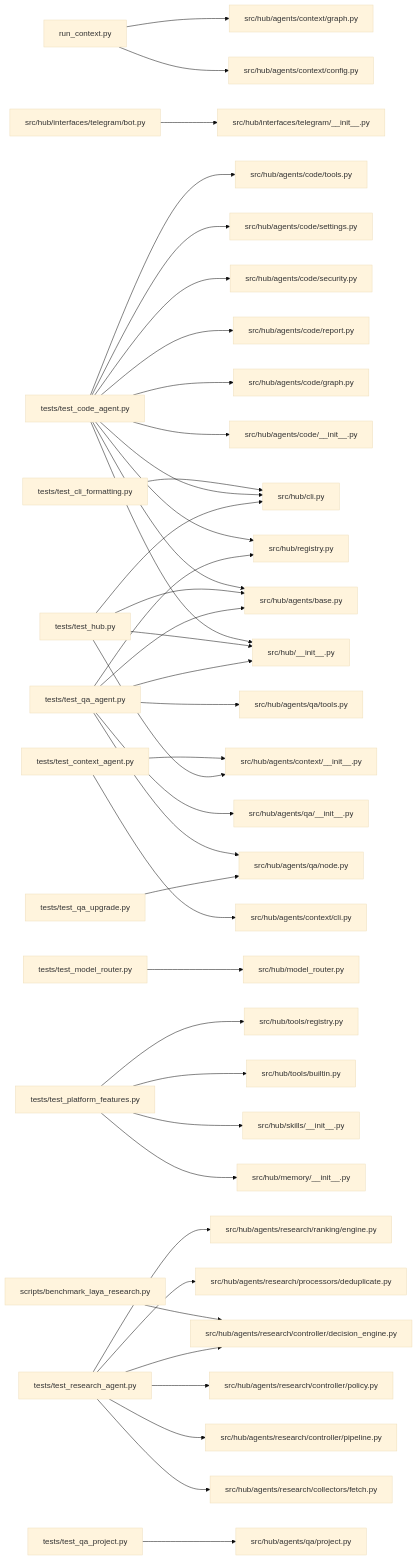
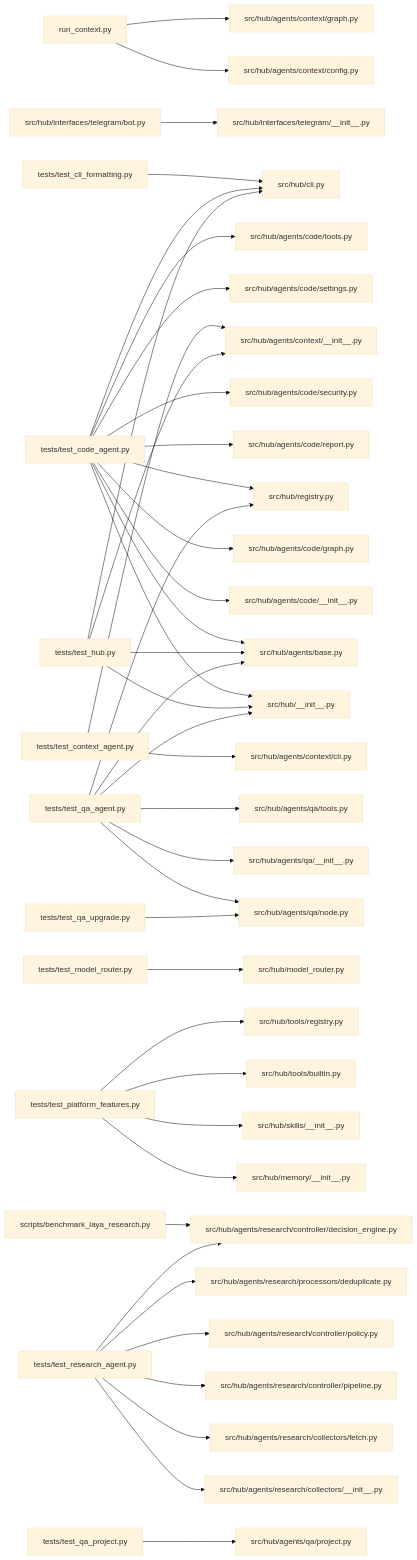
One commit to MinhTrietPhan/multiagent-free changed the diagram in PROJECT_CONTEXT_full.md. Above: the diagram before and after it, drawn with Mermaid (base theme). The commit also changed other lines of this file and 11 other files, not shown here.

Commit message:
FIX Research agent

````diff
--- a/PROJECT_CONTEXT_full.md
+++ b/PROJECT_CONTEXT_full.md
@@ -142,44 +142,44 @@
 ```mermaid
 graph LR
   run_context_py["run_context.py"] --> src_hub_agents_context_config_py["src/hub/agents/context/config.py"]
   run_context_py["run_context.py"] --> src_hub_agents_context_graph_py["src/hub/agents/context/graph.py"]
   scripts_benchmark_laya_research_py["scripts/benchmark_laya_research.py"] --> src_hub_agents_research_controller_decision_engine_py["src/hub/agents/research/controller/decision_engine.py"]
   src_hub_interfaces_telegram_bot_py["src/hub/interfaces/telegram/bot.py"] --> src_hub_interfaces_telegram___init___py["src/hub/interfaces/telegram/__init__.py"]
   tests_test_cli_formatting_py["tests/test_cli_formatting.py"] --> src_hub_cli_py["src/hub/cli.py"]
   tests_test_code_agent_py["tests/test_code_agent.py"] --> src_hub___init___py["src/hub/__init__.py"]
   tests_test_code_agent_py["tests/test_code_agent.py"] --> src_hub_agents_base_py["src/hub/agents/base.py"]
   tests_test_code_agent_py["tests/test_code_agent.py"] --> src_hub_agents_code___init___py["src/hub/agents/code/__init__.py"]
   tests_test_code_agent_py["tests/test_code_agent.py"] --> src_hub_agents_code_graph_py["src/hub/agents/code/graph.py"]
   tests_test_code_agent_py["tests/test_code_agent.py"] --> src_hub_agents_code_report_py["src/hub/agents/code/report.py"]
   tests_test_code_agent_py["tests/test_code_agent.py"] --> src_hub_agents_code_security_py["src/hub/agents/code/security.py"]
   tests_test_code_agent_py["tests/test_code_agent.py"] --> src_hub_agents_code_settings_py["src/hub/agents/code/settings.py"]
   tests_test_code_agent_py["tests/test_code_agent.py"] --> src_hub_agents_code_tools_py["src/hub/agents/code/tools.py"]
   tests_test_code_agent_py["tests/test_code_agent.py"] --> src_hub_cli_py["src/hub/cli.py"]
   tests_test_code_agent_py["tests/test_code_agent.py"] --> src_hub_registry_py["src/hub/registry.py"]
   tests_test_context_agent_py["tests/test_context_agent.py"] --> src_hub_agents_context___init___py["src/hub/agents/context/__init__.py"]
   tests_test_context_agent_py["tests/test_context_agent.py"] --> src_hub_agents_context_cli_py["src/hub/agents/context/cli.py"]
   tests_test_hub_py["tests/test_hub.py"] --> src_hub___init___py["src/hub/__init__.py"]
   tests_test_hub_py["tests/test_hub.py"] --> src_hub_agents_base_py["src/hub/agents/base.py"]
   tests_test_hub_py["tests/test_hub.py"] --> src_hub_agents_context___init___py["src/hub/agents/context/__init__.py"]
   tests_test_hub_py["tests/test_hub.py"] --> src_hub_cli_py["src/hub/cli.py"]
   tests_test_model_router_py["tests/test_model_router.py"] --> src_hub_model_router_py["src/hub/model_router.py"]
   tests_test_platform_features_py["tests/test_platform_features.py"] --> src_hub_memory___init___py["src/hub/memory/__init__.py"]
   tests_test_platform_features_py["tests/test_platform_features.py"] --> src_hub_skills___init___py["src/hub/skills/__init__.py"]
   tests_test_platform_features_py["tests/test_platform_features.py"] --> src_hub_tools_builtin_py["src/hub/tools/builtin.py"]
   tests_test_platform_features_py["tests/test_platform_features.py"] --> src_hub_tools_registry_py["src/hub/tools/registry.py"]
   tests_test_qa_agent_py["tests/test_qa_agent.py"] --> src_hub___init___py["src/hub/__init__.py"]
   tests_test_qa_agent_py["tests/test_qa_agent.py"] --> src_hub_agents_base_py["src/hub/agents/base.py"]
   tests_test_qa_agent_py["tests/test_qa_agent.py"] --> src_hub_agents_qa___init___py["src/hub/agents/qa/__init__.py"]
   tests_test_qa_agent_py["tests/test_qa_agent.py"] --> src_hub_agents_qa_node_py["src/hub/agents/qa/node.py"]
   tests_test_qa_agent_py["tests/test_qa_agent.py"] --> src_hub_agents_qa_tools_py["src/hub/agents/qa/tools.py"]
   tests_test_qa_agent_py["tests/test_qa_agent.py"] --> src_hub_registry_py["src/hub/registry.py"]
   tests_test_qa_project_py["tests/test_qa_project.py"] --> src_hub_agents_qa_project_py["src/hub/agents/qa/project.py"]
   tests_test_qa_upgrade_py["tests/test_qa_upgrade.py"] --> src_hub_agents_qa_node_py["src/hub/agents/qa/node.py"]
+  tests_test_research_agent_py["tests/test_research_agent.py"] --> src_hub_agents_research_collectors___init___py["src/hub/agents/research/collectors/__init__.py"]
   tests_test_research_agent_py["tests/test_research_agent.py"] --> src_hub_agents_research_collectors_fetch_py["src/hub/agents/research/collectors/fetch.py"]
   tests_test_research_agent_py["tests/test_research_agent.py"] --> src_hub_agents_research_controller_decision_engine_py["src/hub/agents/research/controller/decision_engine.py"]
   tests_test_research_agent_py["tests/test_research_agent.py"] --> src_hub_agents_research_controller_pipeline_py["src/hub/agents/research/controller/pipeline.py"]
   tests_test_research_agent_py["tests/test_research_agent.py"] --> src_hub_agents_research_controller_policy_py["src/hub/agents/research/controller/policy.py"]
   tests_test_research_agent_py["tests/test_research_agent.py"] --> src_hub_agents_research_processors_deduplicate_py["src/hub/agents/research/processors/deduplicate.py"]
-  tests_test_research_agent_py["tests/test_research_agent.py"] --> src_hub_agents_research_ranking_engine_py["src/hub/agents/research/ranking/engine.py"]
-  %% +5 more edges omitted
+  %% +6 more edges omitted
 ```
````
